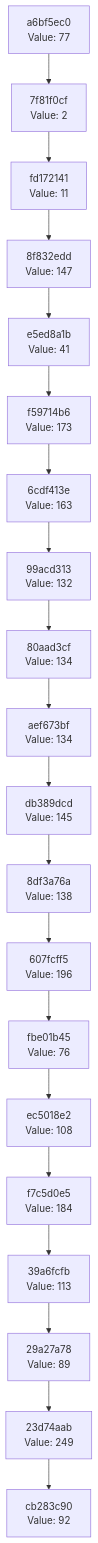
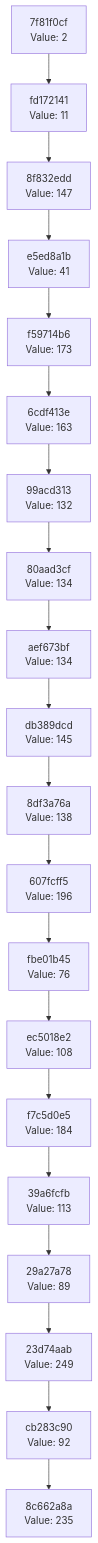
The diagram in docs/CHAIN_VISUALIZATION.md (Abhisheksinha1506/hash-chain-evolver), drawn with Mermaid before and after one commit. The commit also changed 2 other files, not shown here.

Commit message:
Evolution step: hash 0xEB → action executed

````diff
--- a/docs/CHAIN_VISUALIZATION.md
+++ b/docs/CHAIN_VISUALIZATION.md
@@ -3,42 +3,42 @@
 ```mermaid
 graph TD
-    C0["cb283c90<br/>Value: 92"]
-    C1["23d74aab<br/>Value: 249"]
+    C0["8c662a8a<br/>Value: 235"]
+    C1["cb283c90<br/>Value: 92"]
     C1 --> C0
-    C2["29a27a78<br/>Value: 89"]
+    C2["23d74aab<br/>Value: 249"]
     C2 --> C1
-    C3["39a6fcfb<br/>Value: 113"]
+    C3["29a27a78<br/>Value: 89"]
     C3 --> C2
-    C4["f7c5d0e5<br/>Value: 184"]
+    C4["39a6fcfb<br/>Value: 113"]
     C4 --> C3
-    C5["ec5018e2<br/>Value: 108"]
+    C5["f7c5d0e5<br/>Value: 184"]
     C5 --> C4
-    C6["fbe01b45<br/>Value: 76"]
+    C6["ec5018e2<br/>Value: 108"]
     C6 --> C5
-    C7["607fcff5<br/>Value: 196"]
+    C7["fbe01b45<br/>Value: 76"]
     C7 --> C6
-    C8["8df3a76a<br/>Value: 138"]
+    C8["607fcff5<br/>Value: 196"]
     C8 --> C7
-    C9["db389dcd<br/>Value: 145"]
+    C9["8df3a76a<br/>Value: 138"]
     C9 --> C8
-    C10["aef673bf<br/>Value: 134"]
+    C10["db389dcd<br/>Value: 145"]
     C10 --> C9
-    C11["80aad3cf<br/>Value: 134"]
+    C11["aef673bf<br/>Value: 134"]
     C11 --> C10
-    C12["99acd313<br/>Value: 132"]
+    C12["80aad3cf<br/>Value: 134"]
     C12 --> C11
-    C13["6cdf413e<br/>Value: 163"]
+    C13["99acd313<br/>Value: 132"]
     C13 --> C12
-    C14["f59714b6<br/>Value: 173"]
+    C14["6cdf413e<br/>Value: 163"]
     C14 --> C13
-    C15["e5ed8a1b<br/>Value: 41"]
+    C15["f59714b6<br/>Value: 173"]
     C15 --> C14
-    C16["8f832edd<br/>Value: 147"]
+    C16["e5ed8a1b<br/>Value: 41"]
     C16 --> C15
-    C17["fd172141<br/>Value: 11"]
+    C17["8f832edd<br/>Value: 147"]
     C17 --> C16
-    C18["7f81f0cf<br/>Value: 2"]
+    C18["fd172141<br/>Value: 11"]
     C18 --> C17
-    C19["a6bf5ec0<br/>Value: 77"]
+    C19["7f81f0cf<br/>Value: 2"]
     C19 --> C18
 ```
````
